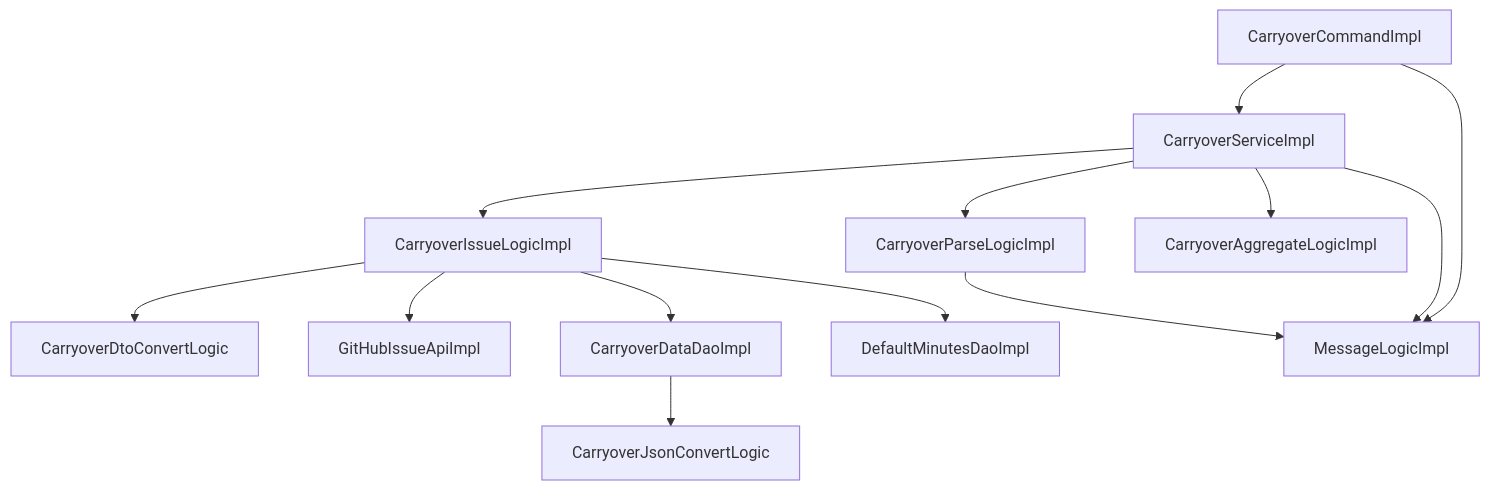
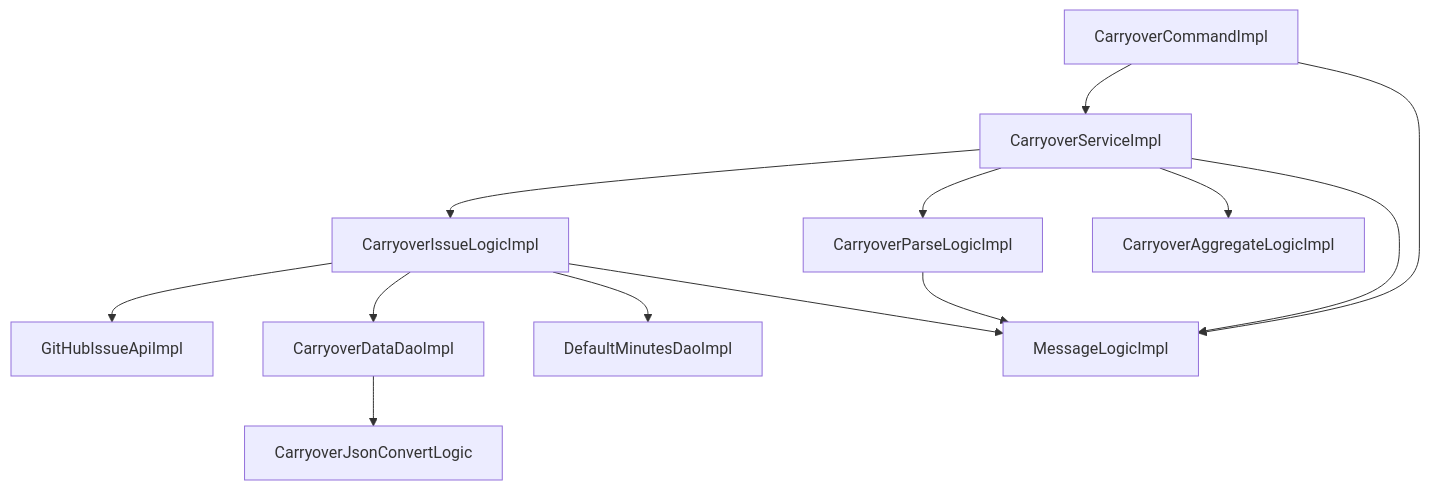
Before and after one commit to KenichiroArai/kb002_daily-tasks_doc: the diagram in docs/design/backend/04-modules.md, drawn with Mermaid. The commit also changed other lines of this file and 2 other files, not shown here.

First line of the commit message:
#2 モデルと DTO の変換を、変換先の型が行う設計に直す

````diff
--- a/docs/design/backend/04-modules.md
+++ b/docs/design/backend/04-modules.md
@@ -9,15 +9,15 @@
 ```mermaid
 flowchart TB
   command["CarryoverCommandImpl"] --> service["CarryoverServiceImpl"]
   service --> issueLogic["CarryoverIssueLogicImpl"]
   service --> parseLogic["CarryoverParseLogicImpl"]
   service --> aggregateLogic["CarryoverAggregateLogicImpl"]
-  issueLogic --> convert["CarryoverDtoConvertLogic"]
   issueLogic --> github["GitHubIssueApiImpl"]
   issueLogic --> dataDao["CarryoverDataDaoImpl"]
   issueLogic --> minutesDao["DefaultMinutesDaoImpl"]
+  issueLogic --> message["MessageLogicImpl"]
   dataDao --> jsonConvert["CarryoverJsonConvertLogic"]
   parseLogic --> message["MessageLogicImpl"]
   service --> message
   command --> message
 ```
````
